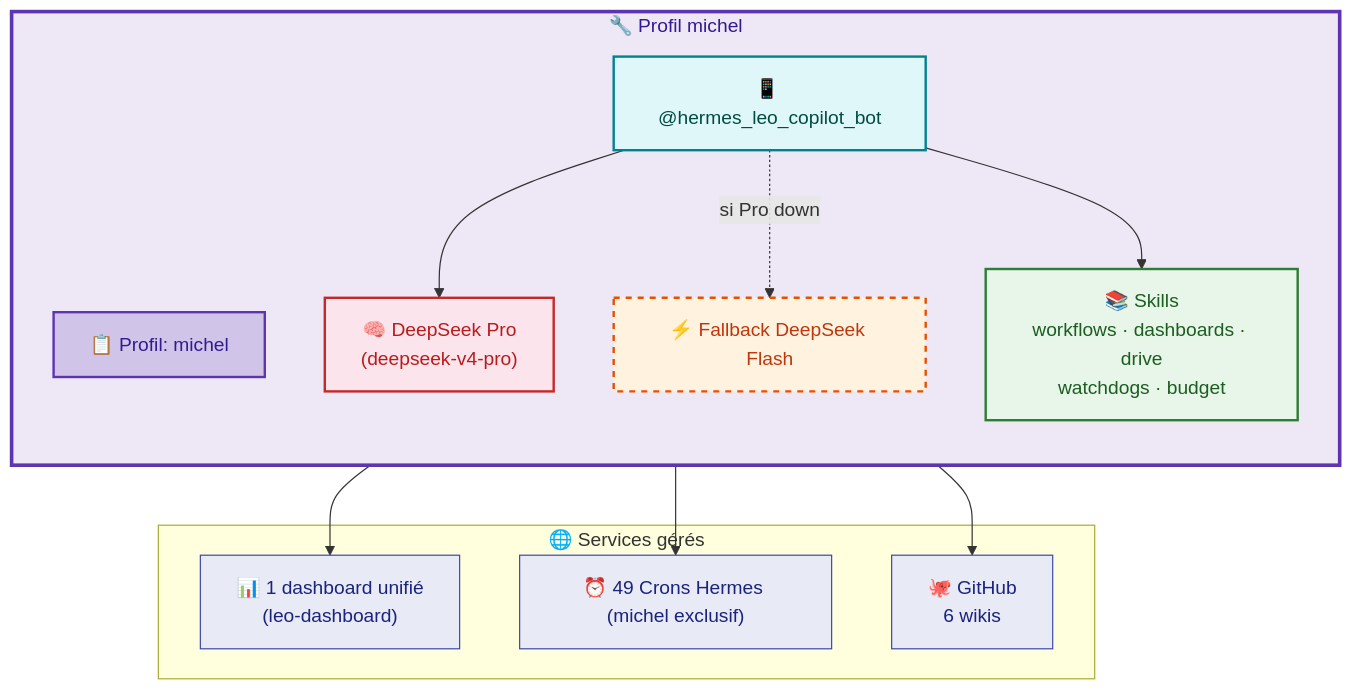
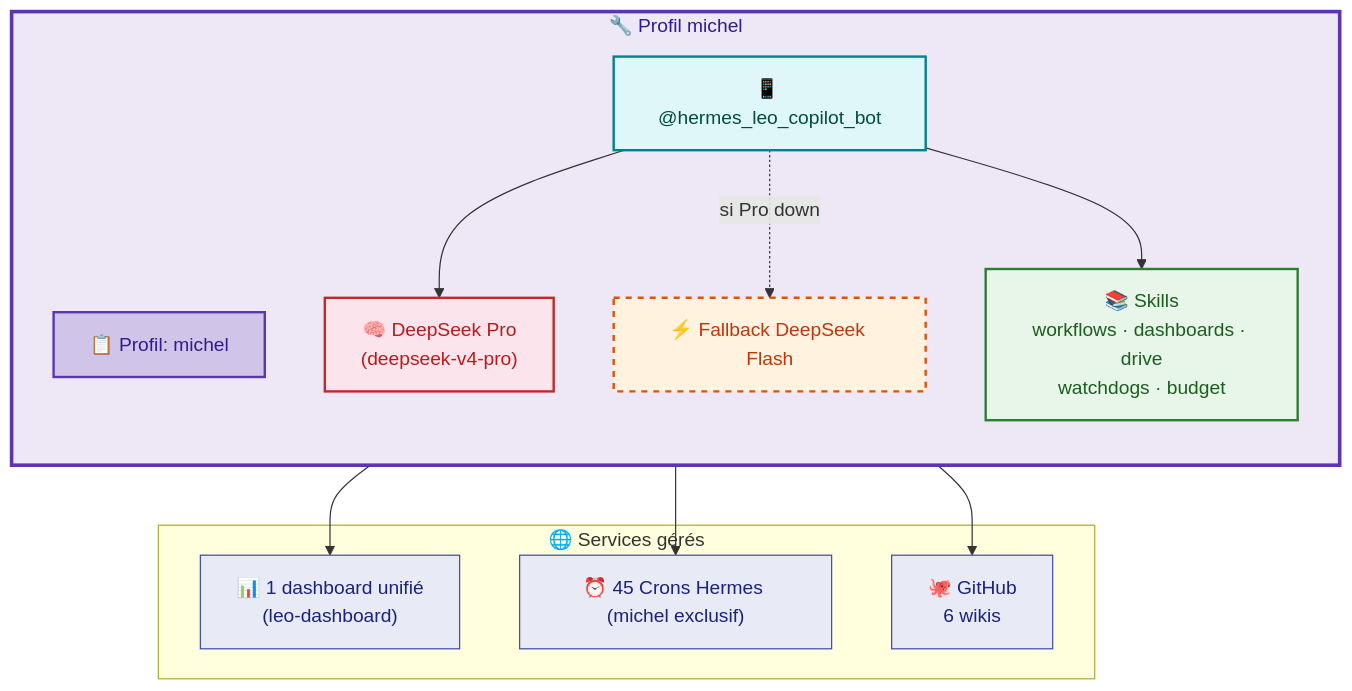
Before and after one commit to christophedanhier-hash/hermes-wiki: the third of 5 diagrams in docs/hermes/architecture-communication.md, drawn with Mermaid. The commit also changed other lines of this file and 13 other files, not shown here.

````diff
--- a/docs/hermes/architecture-communication.md
+++ b/docs/hermes/architecture-communication.md
@@ -130,35 +130,35 @@
 ```mermaid
 flowchart TB
     subgraph MICHEL["🔧 Profil michel"]
         direction TB
         P1["📋 Profil: michel"]
         B1["📱 @hermes_leo_copilot_bot"]
         M1["🧠 DeepSeek Pro<br/>(deepseek-v4-pro)"]
         F1["⚡ Fallback DeepSeek Flash"]
         SKILLS["📚 Skills<br/>workflows · dashboards · drive<br/>watchdogs · budget"]
     end
 
     subgraph EXTERNE["🌐 Services gérés"]
         DASH["📊 1 dashboard unifié<br/>(leo-dashboard)"]
-        CRONS["⏰ 49 Crons Hermes (michel exclusif)"]
+        CRONS["⏰ 45 Crons Hermes (michel exclusif)"]
         GH["🐙 GitHub<br/>6 wikis"]
     end
 
     B1 --> M1
     B1 -.->|"si Pro down"| F1
     B1 --> SKILLS
 
     SKILLS --> DASH
     SKILLS --> CRONS
     SKILLS --> GH
 
     style MICHEL fill:#ede7f6,stroke:#5e35b1,stroke-width:3px,color:#311b92
     style P1 fill:#d1c4e9,stroke:#5e35b1,stroke-width:2px,color:#311b92
     style B1 fill:#e0f7fa,stroke:#00838f,stroke-width:2px,color:#004d40
     style M1 fill:#fce4ec,stroke:#c62828,stroke-width:2px,color:#b71c1c
     style F1 fill:#fff3e0,stroke:#e65100,stroke-width:2px,stroke-dasharray:5,color:#bf360c
     style SKILLS fill:#e8f5e9,stroke:#2e7d32,stroke-width:2px,color:#1b5e20
     style DASH fill:#e8eaf6,stroke:#3949ab,color:#1a237e
     style CRONS fill:#e8eaf6,stroke:#3949ab,color:#1a237e
     style GH fill:#e8eaf6,stroke:#3949ab,color:#1a237e
 ```
````
